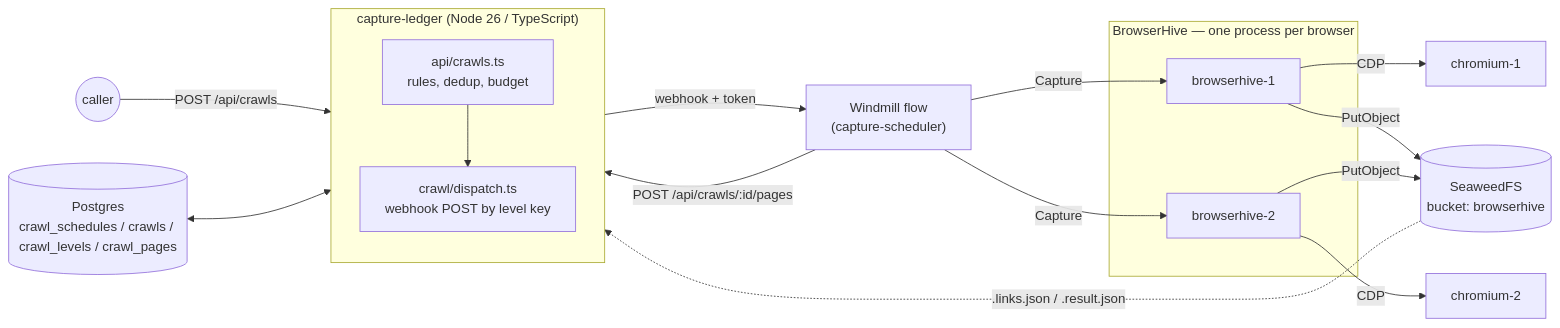
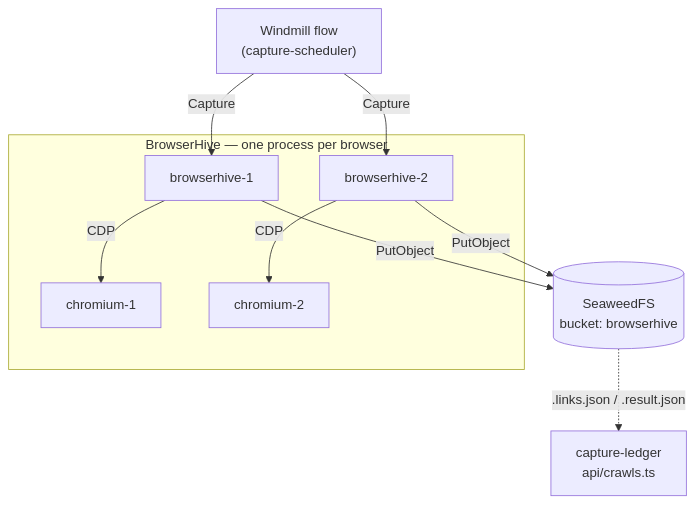
Before and after one commit to uraitakahito/capture-ledger: the second of 4 diagrams in docs-site/src/content/docs/architecture.mdx, drawn with Mermaid. The commit also changed other lines of this file and 2 other files, not shown here.

First line of the commit message:
docs: architecture の図を縦向きにして割る（CAPTURE-286） (#505)

````diff
--- a/docs-site/src/content/docs/architecture.mdx
+++ b/docs-site/src/content/docs/architecture.mdx
@@ -8,24 +31,17 @@
 ```mermaid
-flowchart LR
-  U((caller)) -->|"POST /api/crawls"| W
-  PG[("Postgres<br/>crawl_schedules / crawls / crawl_levels / crawl_pages")] <--> W
-  subgraph W["capture-ledger (Node 26 / TypeScript)"]
-    direction TB
-    API["api/crawls.ts<br/>rules, dedup, budget"]
-    DIS["crawl/dispatch.ts<br/>webhook POST by level key"]
-    API --> DIS
-  end
-  DIS -->|"webhook + token"| WM["Windmill flow<br/>(capture-scheduler)"]
+---
+config:
+  layout: dagre
+---
+flowchart TB
+  WM["Windmill flow<br/>(capture-scheduler)"]
   WM -->|Capture| BH1
   WM -->|Capture| BH2
   subgraph BH["BrowserHive — one process per browser"]
-    BH1[browserhive-1]
-    BH2[browserhive-2]
+    BH1[browserhive-1] -->|CDP| C1[chromium-1]
+    BH2[browserhive-2] -->|CDP| C2[chromium-2]
   end
-  BH1 -->|CDP| C1[chromium-1]
-  BH2 -->|CDP| C2[chromium-2]
-  BH1 -->|PutObject| S3[(SeaweedFS<br/>bucket: browserhive)]
+  BH1 -->|PutObject| S3[("SeaweedFS<br/>bucket: browserhive")]
   BH2 -->|PutObject| S3
-  WM -->|"POST /api/crawls/:id/pages"| API
-  S3 -.->|".links.json / .result.json"| API
+  S3 -.->|".links.json / .result.json"| API["capture-ledger<br/>api/crawls.ts"]
 ```
````
